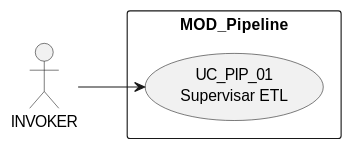
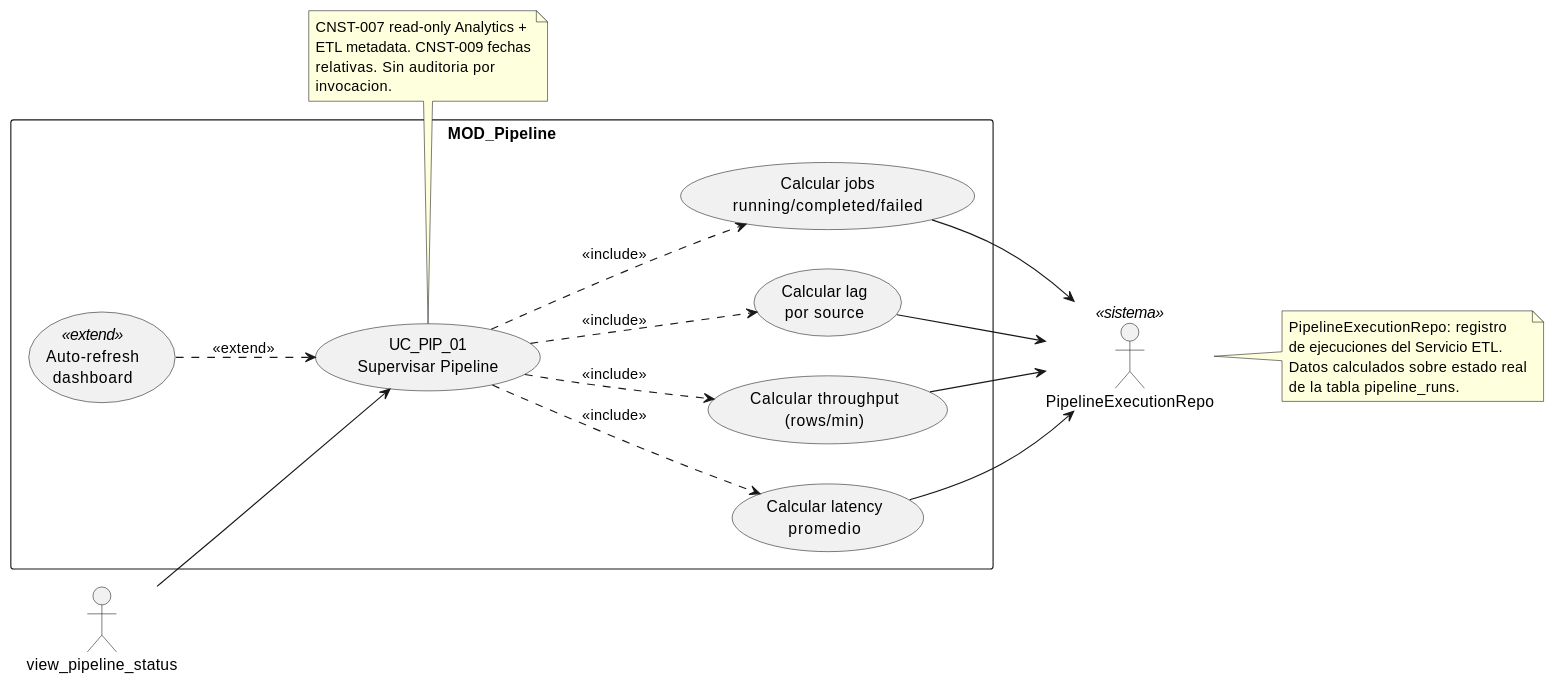
The diagram in source/requisitos/casos-uso/pipeline/uc-pip-01/diagramas-uml/diagrama-de-caso-de-uso.rst (jcg-admin/IACT-docs), drawn with PlantUML before and after one commit. The commit also changed 8 other files, not shown here.

```diff
--- a/source/requisitos/casos-uso/pipeline/uc-pip-01/diagramas-uml/diagrama-de-caso-de-uso.rst
+++ b/source/requisitos/casos-uso/pipeline/uc-pip-01/diagramas-uml/diagrama-de-caso-de-uso.rst
@@ -4,22 +4,46 @@
 .. uml::
  :caption: UC_PIP_01 — actores y casos asociados
 
  @startuml
 
  left to right direction
 
- ' TODO (use-case-view-uml07-rebuild Nivel A): completar
- ' actores (INVOKER + beneficiarios + Sistema), sub-usecases
- ' (validaciones, side-effects, audit emit), relaciones
- ' (`<<include>>`, `<<extend>>`) y notas referenciando BRs/CNSTs.
- ' Ver patron canonico en uc-acc-01/diagramas-uml/diagrama-de-caso-de-uso.rst.
-
- actor "INVOKER" as INVOKER
+ actor "view_pipeline_status" as INVOKER
+ actor "PipelineExecutionRepo" as REPO <<sistema>>
 
  rectangle "MOD_Pipeline" {
-   usecase "UC_PIP_01\nSupervisar ETL" as UC_PIP_01
+   usecase "UC_PIP_01\nSupervisar Pipeline" as UC_PIP_01
+   usecase "Calcular jobs\nrunning/completed/failed" as METRICA_JOBS
+   usecase "Calcular lag\npor source" as METRICA_LAG
+   usecase "Calcular throughput\n(rows/min)" as METRICA_TP
+   usecase "Calcular latency\npromedio" as METRICA_LAT
+   usecase "Auto-refresh\ndashboard" as REFRESH <<extend>>
  }
 
  INVOKER --> UC_PIP_01
+ UC_PIP_01 ..> METRICA_JOBS : <<include>>
+ UC_PIP_01 ..> METRICA_LAG : <<include>>
+ UC_PIP_01 ..> METRICA_TP : <<include>>
+ UC_PIP_01 ..> METRICA_LAT : <<include>>
+ REFRESH ..> UC_PIP_01 : <<extend>>
+
+ METRICA_JOBS --> REPO
+ METRICA_LAG --> REPO
+ METRICA_TP --> REPO
+ METRICA_LAT --> REPO
+
+ note bottom of UC_PIP_01
+   CNST-007 read-only Analytics +
+   ETL metadata. CNST-009 fechas
+   relativas. Sin auditoria por
+   invocacion.
+ end note
+
+ note right of REPO
+   PipelineExecutionRepo: registro
+   de ejecuciones del Servicio ETL.
+   Datos calculados sobre estado real
+   de la tabla pipeline_runs.
+ end note
 
  @enduml
```
